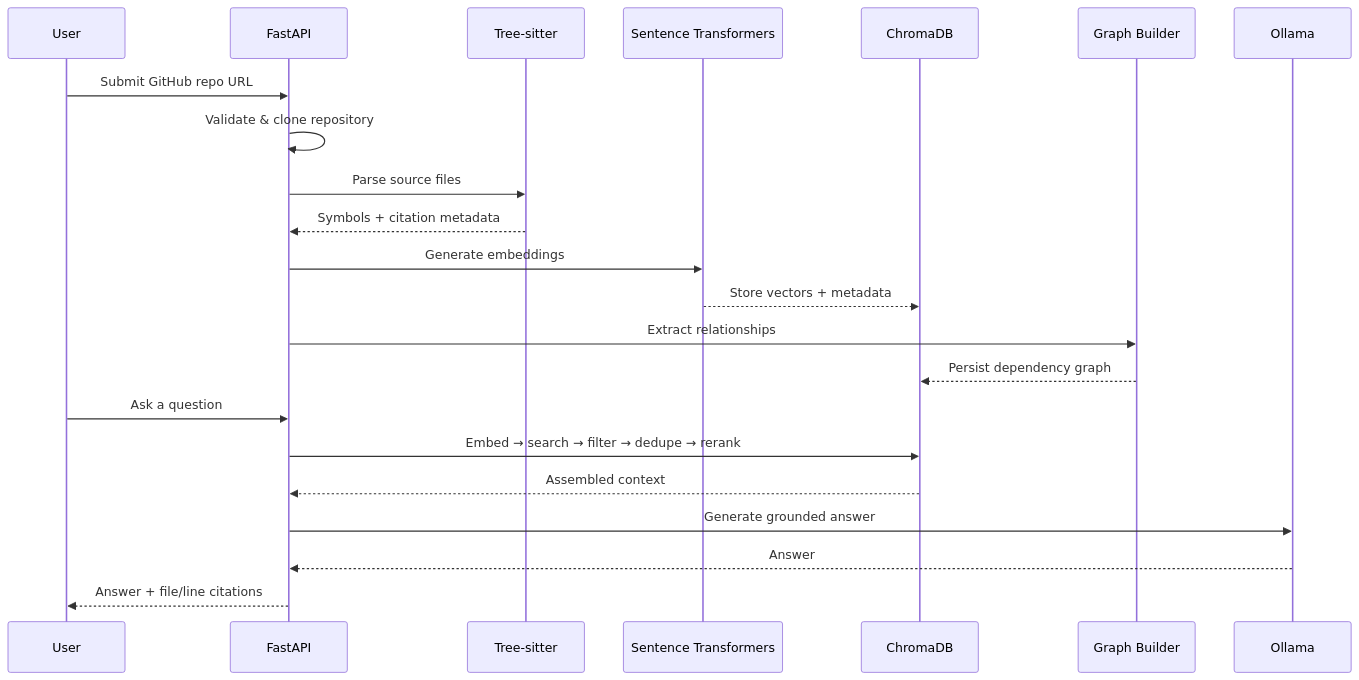
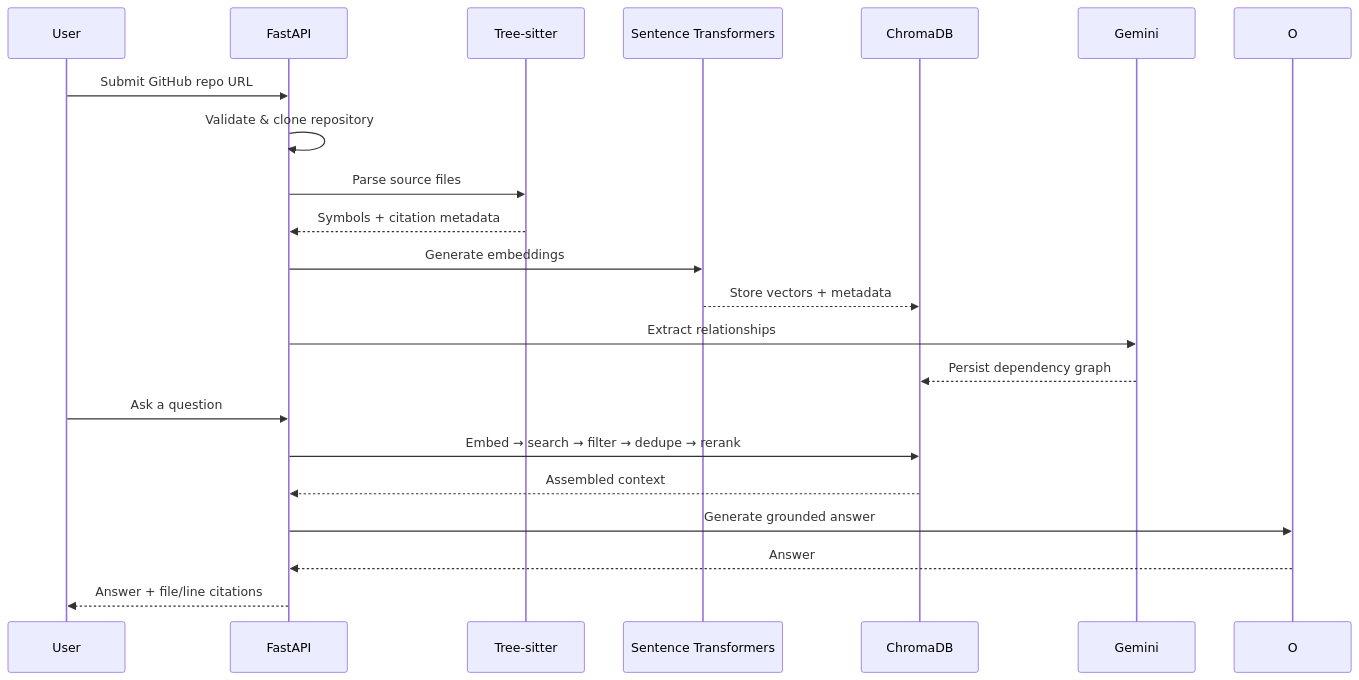
The diagram in README.md (anurag290805/codeatlas-ai), drawn with Mermaid before and after one commit. The commit also changed other lines of this file and 11 other files, not shown here.

Commit message:
Replace Ollama with Gemini provider

````diff
--- a/README.md
+++ b/README.md
@@ -301,26 +294,26 @@
 ```mermaid
 sequenceDiagram
     participant U as User
     participant API as FastAPI
     participant TS as Tree-sitter
     participant ST as Sentence Transformers
     participant DB as ChromaDB
     participant G as Graph Builder
-    participant O as Ollama
+    participant G as Gemini
 
     U->>API: Submit GitHub repo URL
     API->>API: Validate & clone repository
     API->>TS: Parse source files
     TS-->>API: Symbols + citation metadata
     API->>ST: Generate embeddings
     ST-->>DB: Store vectors + metadata
     API->>G: Extract relationships
     G-->>DB: Persist dependency graph
 
     U->>API: Ask a question
     API->>DB: Embed → search → filter → dedupe → rerank
     DB-->>API: Assembled context
     API->>O: Generate grounded answer
     O-->>API: Answer
     API-->>U: Answer + file/line citations
 ```
````
